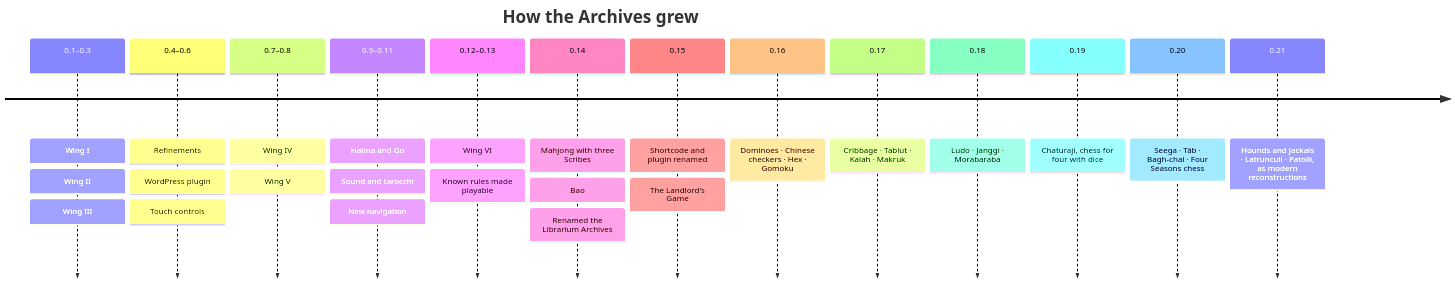
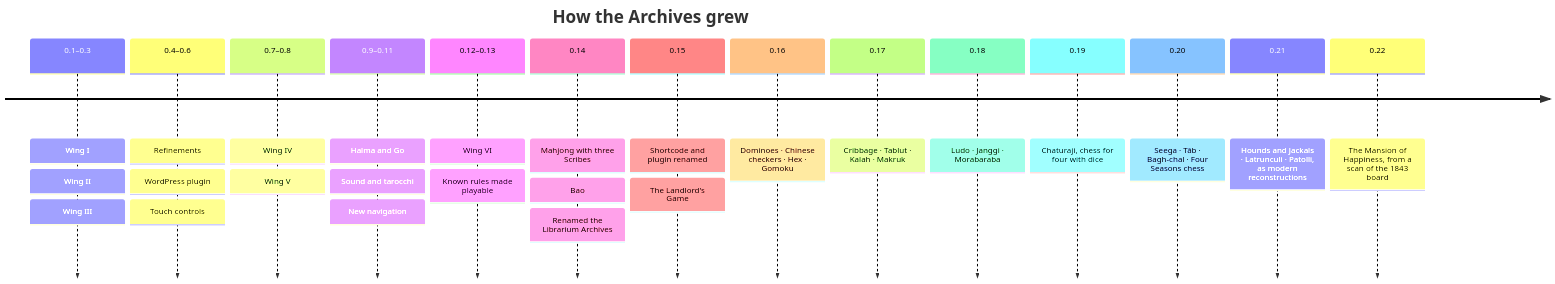
Before and after one commit to CptNope/Librarium-Archives: the first of 2 diagrams in docs/roadmap.md, drawn with Mermaid. The commit also changed other lines of this file and 13 other files, not shown here.

First line of the commit message:
Make the Mansion of Happiness playable, from a scan of the 1843 board

````diff
--- a/docs/roadmap.md
+++ b/docs/roadmap.md
@@ -3,17 +3,18 @@
 ```mermaid
 timeline
     title How the Archives grew
     0.1–0.3 : Wing I : Wing II : Wing III
     0.4–0.6 : Refinements : WordPress plugin : Touch controls
     0.7–0.8 : Wing IV : Wing V
     0.9–0.11 : Halma and Go : Sound and tarocchi : New navigation
     0.12–0.13 : Wing VI : Known rules made playable
     0.14 : Mahjong with three Scribes : Bao : Renamed the Librarium Archives
     0.15 : Shortcode and plugin renamed : The Landlord's Game
     0.16 : Dominoes · Chinese checkers · Hex · Gomoku
     0.17 : Cribbage · Tablut · Kalah · Makruk
     0.18 : Ludo · Janggi · Morabaraba
     0.19 : Chaturaji, chess for four with dice
     0.20 : Seega · Tâb · Bagh-chal · Four Seasons chess
     0.21 : Hounds and Jackals · Latrunculi · Patolli, as modern reconstructions
+    0.22 : The Mansion of Happiness, from a scan of the 1843 board
 ```
````
